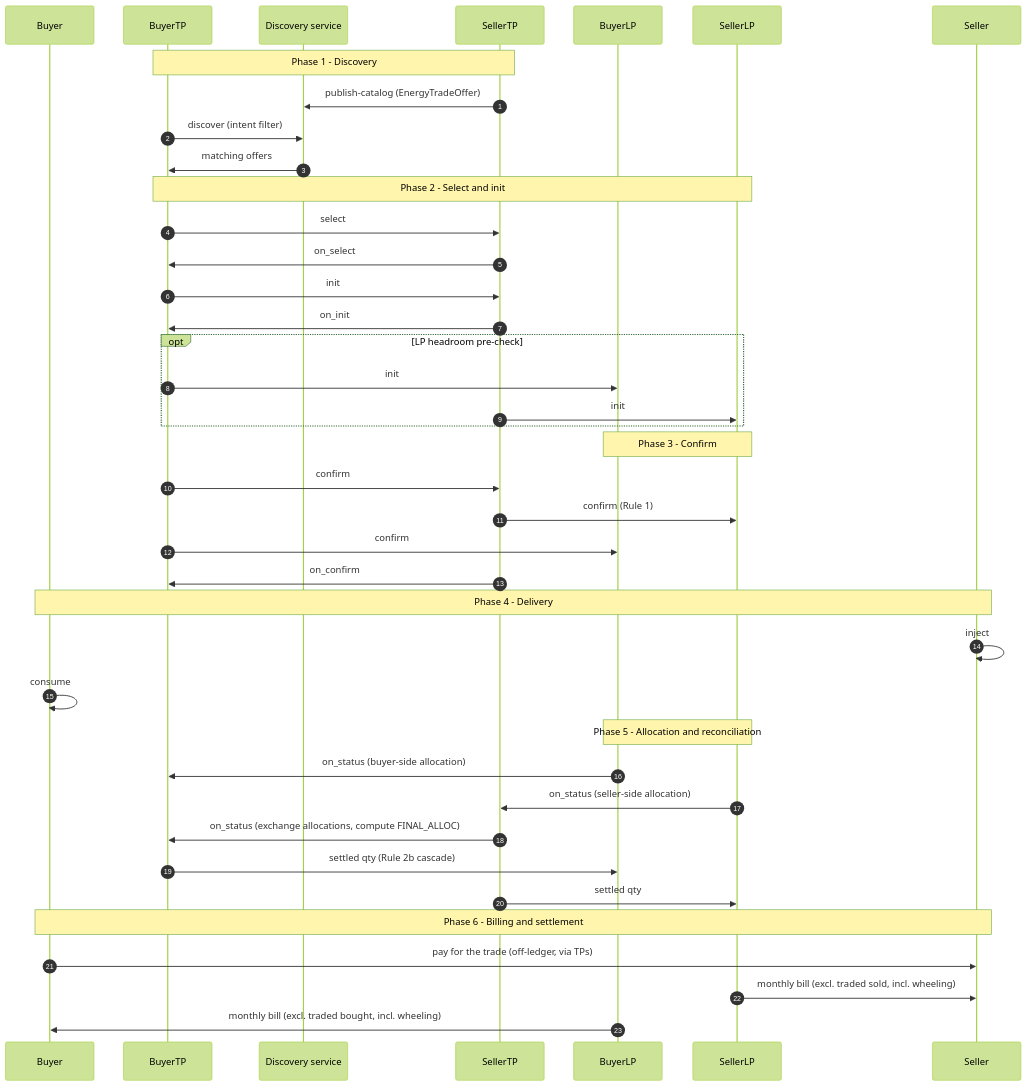
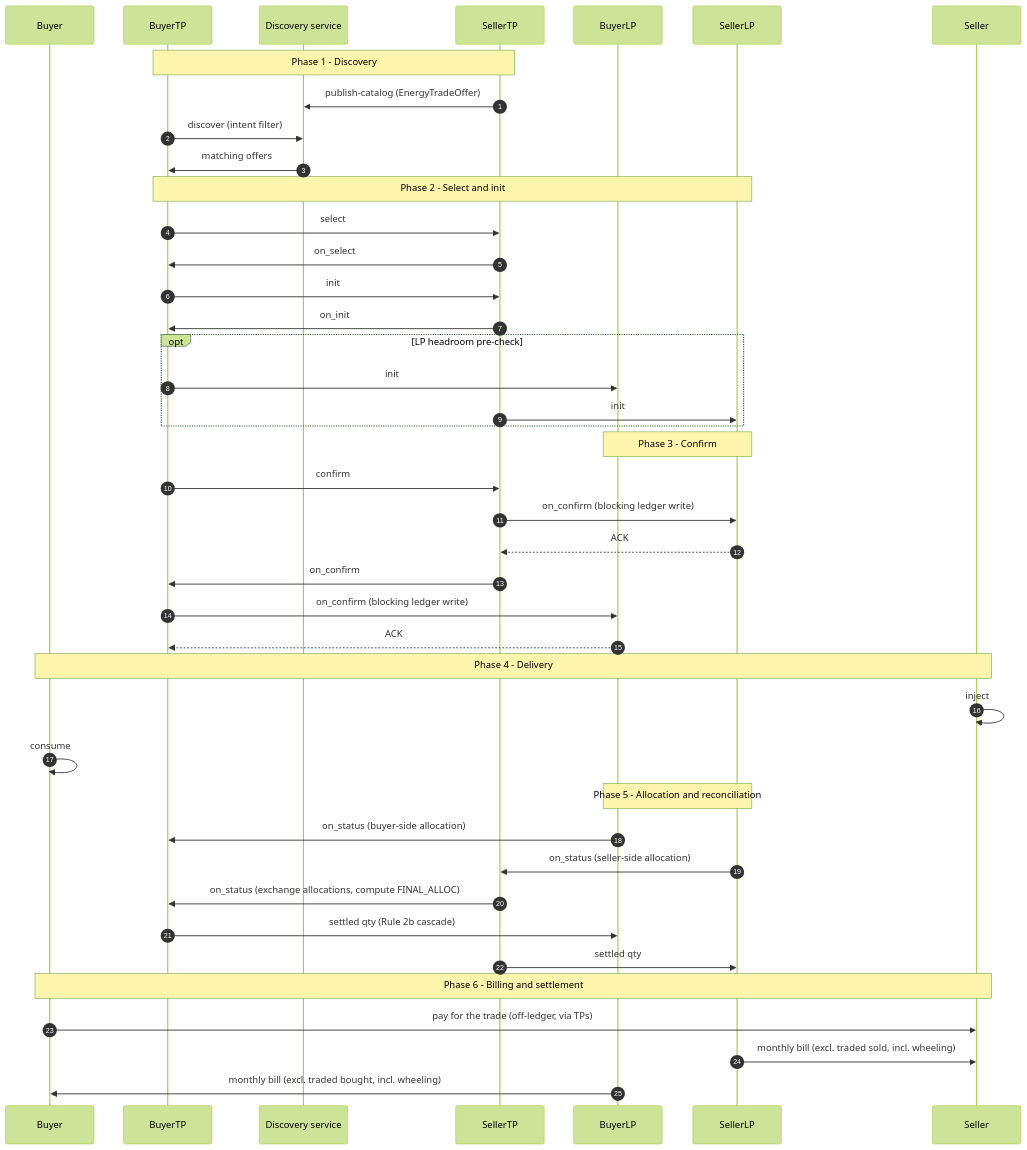
The second of 2 diagrams in use-cases/p2p-energy-trading/README.md (India-Energy-Stack/ies-accelerator), drawn with Mermaid (forest theme) before and after one commit. The commit also changed other lines of this file, not shown here.

First line of the commit message:
docs(p2p): correct confirm-time ledger writes to match degledgerrecorder source

````diff
--- a/use-cases/p2p-energy-trading/README.md
+++ b/use-cases/p2p-energy-trading/README.md
@@ -134,48 +134,50 @@
 ```mermaid
 sequenceDiagram
   autonumber
   participant B as Buyer
   participant BTP as BuyerTP
   participant DS as Discovery service
   participant STP as SellerTP
   participant BDL as BuyerLP
   participant SDL as SellerLP
   participant S as Seller
 
   Note over BTP,STP: Phase 1 - Discovery
   STP->>DS: publish-catalog (EnergyTradeOffer)
   BTP->>DS: discover (intent filter)
   DS->>BTP: matching offers
 
   Note over BTP,SDL: Phase 2 - Select and init
   BTP->>STP: select
   STP->>BTP: on_select
   BTP->>STP: init
   STP->>BTP: on_init
   opt LP headroom pre-check
     BTP->>BDL: init
     STP->>SDL: init
   end
 
   Note over BDL,SDL: Phase 3 - Confirm
   BTP->>STP: confirm
-  STP->>SDL: confirm (Rule 1)
-  BTP->>BDL: confirm
+  STP->>SDL: on_confirm (blocking ledger write)
+  SDL-->>STP: ACK
   STP->>BTP: on_confirm
+  BTP->>BDL: on_confirm (blocking ledger write)
+  BDL-->>BTP: ACK
 
   Note over B,S: Phase 4 - Delivery
   S->>S: inject
   B->>B: consume
 
   Note over BDL,SDL: Phase 5 - Allocation and reconciliation
   BDL->>BTP: on_status (buyer-side allocation)
   SDL->>STP: on_status (seller-side allocation)
   STP->>BTP: on_status (exchange allocations, compute FINAL_ALLOC)
   BTP->>BDL: settled qty (Rule 2b cascade)
   STP->>SDL: settled qty
 
   Note over B,S: Phase 6 - Billing and settlement
   B->>S: pay for the trade (off-ledger, via TPs)
   SDL->>S: monthly bill (excl. traded sold, incl. wheeling)
   BDL->>B: monthly bill (excl. traded bought, incl. wheeling)
 ```
````
